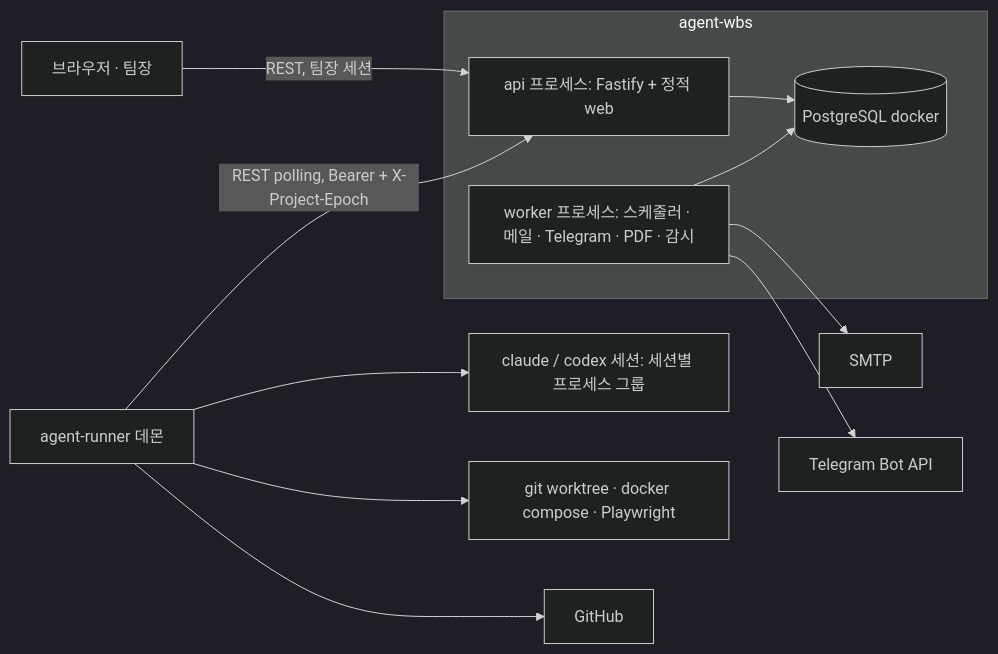
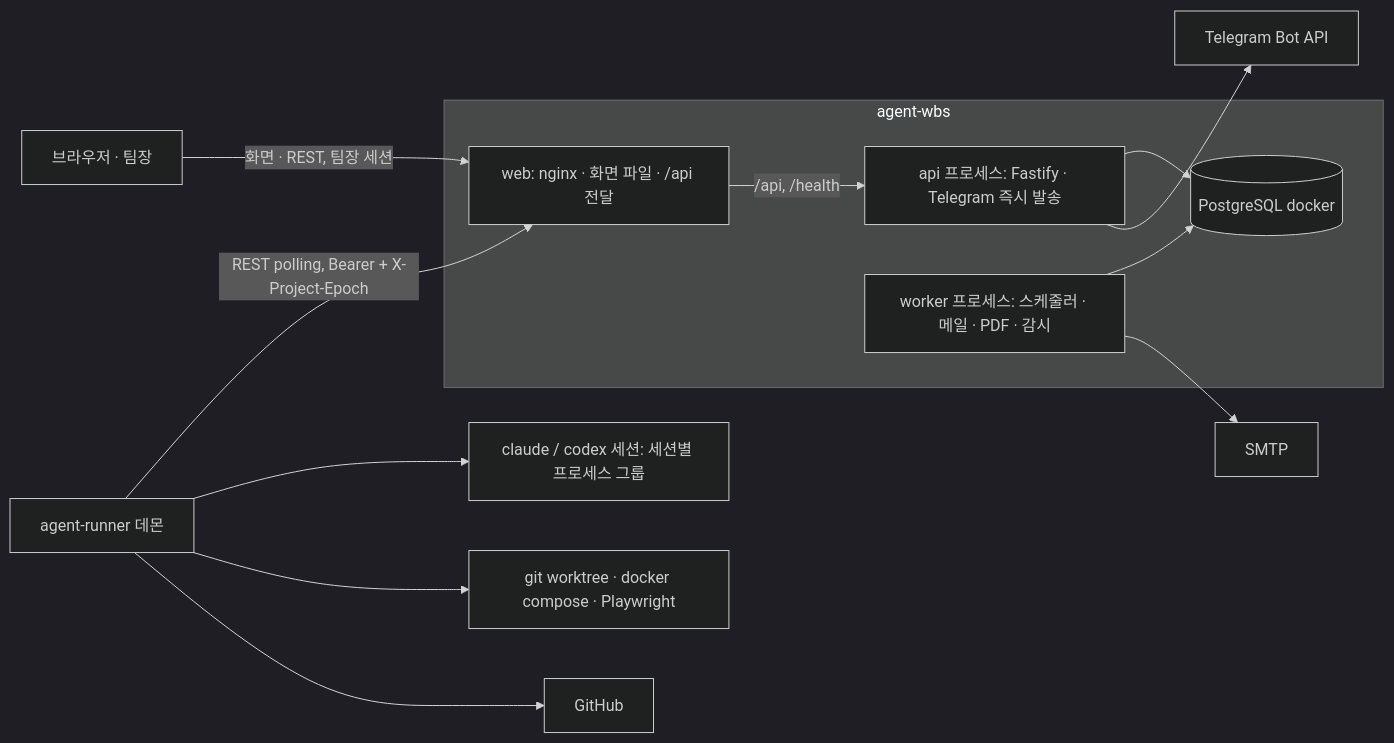
One commit to keeproll/agent-wbs changed the diagram in docs/plan/architecture.md. Above: the diagram before and after it, drawn with Mermaid (dark theme). The commit also changed other lines of this file and 11 other files, not shown here.

````diff
--- a/docs/plan/architecture.md
+++ b/docs/plan/architecture.md
@@ -79,16 +82,18 @@
 ```mermaid
 flowchart LR
-  B[브라우저 · 팀장] -->|REST, 팀장 세션| API
+  B[브라우저 · 팀장] -->|화면 · REST, 팀장 세션| WEB
   subgraph WBS[agent-wbs]
-    API[api 프로세스: Fastify + 정적 web]
-    W[worker 프로세스: 스케줄러 · 메일 · Telegram · PDF · 감시]
+    WEB[web: nginx · 화면 파일 · /api 전달]
+    WEB -->|/api, /health| API
+    API[api 프로세스: Fastify · Telegram 즉시 발송]
+    W[worker 프로세스: 스케줄러 · 메일 · PDF · 감시]
     API --> PG[(PostgreSQL docker)]
     W --> PG
   end
-  R[agent-runner 데몬] -->|REST polling, Bearer + X-Project-Epoch| API
+  R[agent-runner 데몬] -->|REST polling, Bearer + X-Project-Epoch| WEB
   R --> CLI[claude / codex 세션: 세션별 프로세스 그룹]
   R --> GIT[git worktree · docker compose · Playwright]
   R --> GH[GitHub]
   W --> SMTP[SMTP]
-  W --> TG[Telegram Bot API]
+  API --> TG[Telegram Bot API]
 ```
````
